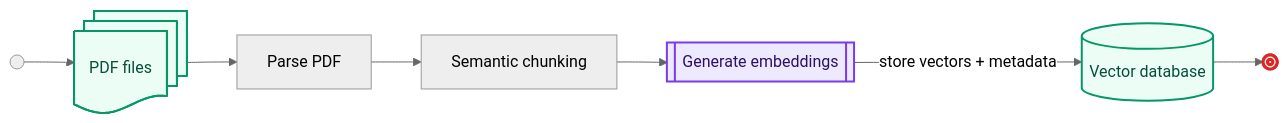
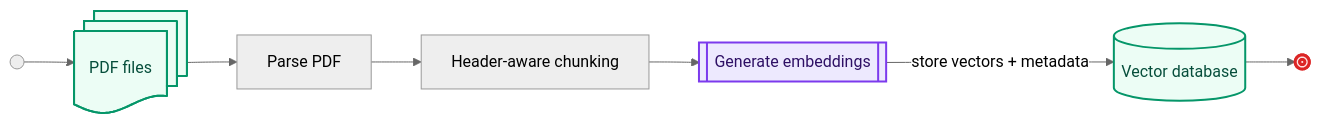
One commit to sanath95/Document-Knowledge-Base-with-Source-Grounding changed the first of 2 diagrams in README.md. Above: the diagram before and after it, drawn with Mermaid (neutral theme). The commit also changed other lines of this file, not shown here.

````diff
--- a/README.md
+++ b/README.md
@@ -8,25 +9,25 @@
 ```mermaid
 flowchart LR
     Start@{ shape: sm-circ, label: "Start" }
     PDFs@{ shape: docs, label: "PDF files" }
     Parser["Parse PDF"]
-    Chunk["Semantic chunking"]
+    Chunk["Header-aware chunking"]
     Embed@{ shape: subproc, label: "Generate embeddings" }
     Chroma@{ shape: cyl, label: "Vector database" }
     Stop@{ shape: framed-circle, label: "Done" }
 
     Start --> PDFs
     PDFs --> Parser
     Parser --> Chunk
     Chunk --> Embed
     Embed -->|store vectors + metadata| Chroma
     Chroma --> Stop
 
     classDef model fill:#ede9fe,stroke:#7c3aed,stroke-width:2px,color:#2e1065
     classDef data fill:#ecfdf5,stroke:#059669,stroke-width:2px,color:#064e3b
     classDef terminal fill:#fee2e2,stroke:#dc2626,stroke-width:3px,color:#7f1d1d
 
     class Embed model
     class PDFs,Chroma data
     class Start,Stop terminal
 ```
````
